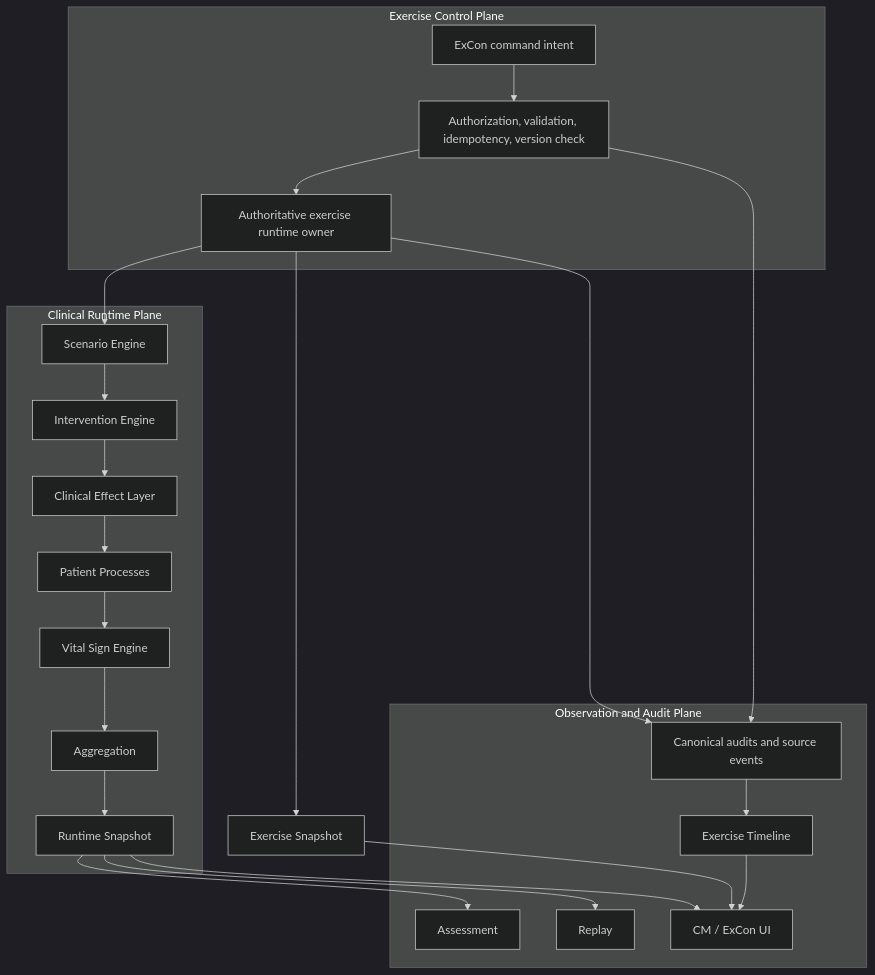
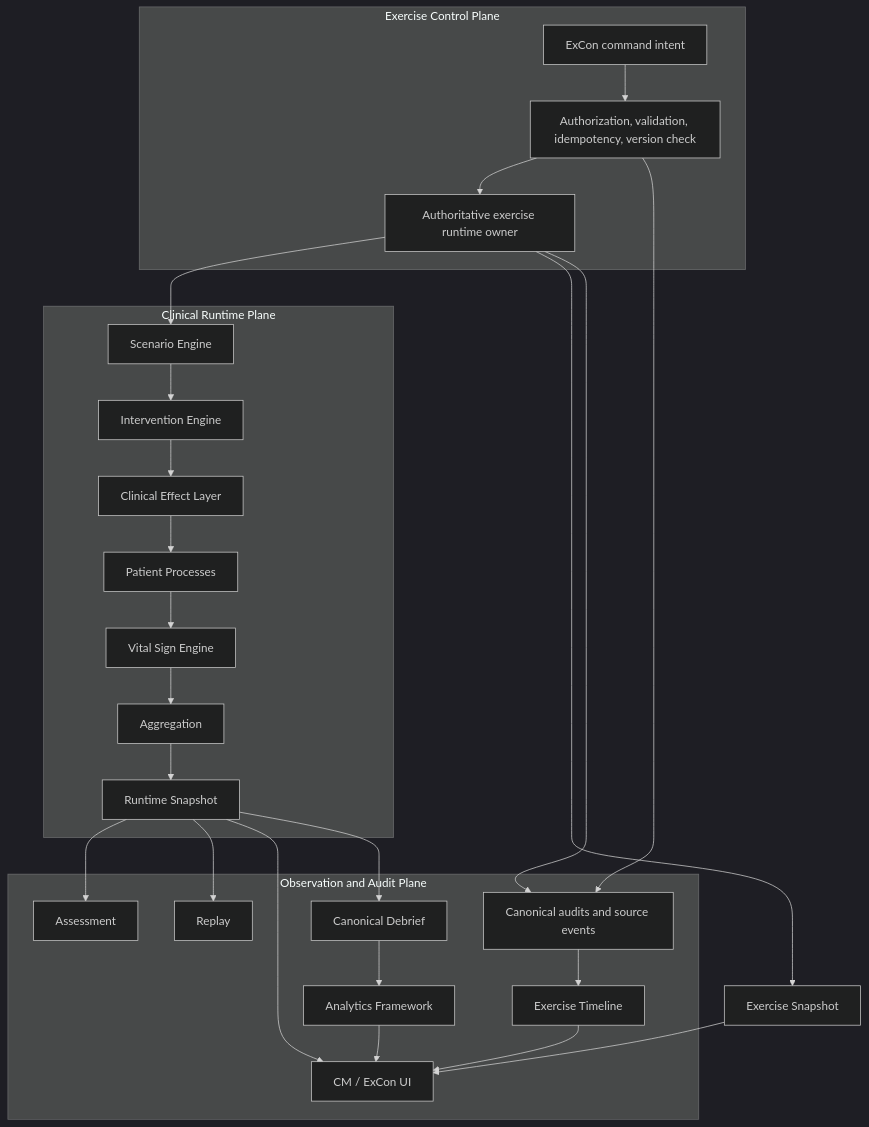
The first of 2 diagrams in docs/ARCHITECTURE_FREEZE_v0.7.0.md (jaaklind-dev/RussiCaptor), drawn with Mermaid (dark theme) before and after one commit. The commit also changed other lines of this file and 16 other files, not shown here.

First line of the commit message:
feat(analytics): implement WP-25 analytics framework

````diff
--- a/docs/ARCHITECTURE_FREEZE_v0.7.0.md
+++ b/docs/ARCHITECTURE_FREEZE_v0.7.0.md
@@ -112,30 +112,33 @@
 ```mermaid
 flowchart TB
     subgraph CP["Exercise Control Plane"]
         Intent["ExCon command intent"] --> Gate["Authorization, validation, idempotency, version check"]
         Gate --> Owner["Authoritative exercise runtime owner"]
     end
 
     subgraph RP["Clinical Runtime Plane"]
         Scenario["Scenario Engine"] --> Intervention["Intervention Engine"]
         Intervention --> Effects["Clinical Effect Layer"]
         Effects --> Processes["Patient Processes"]
         Processes --> Vitals["Vital Sign Engine"]
         Vitals --> Aggregation["Aggregation"]
         Aggregation --> Snapshot["Runtime Snapshot"]
     end
 
     subgraph OP["Observation and Audit Plane"]
         Snapshot --> Assessment["Assessment"]
         Snapshot --> Replay["Replay"]
         Snapshot --> UI["CM / ExCon UI"]
         Audit["Canonical audits and source events"] --> Timeline["Exercise Timeline"]
         Timeline --> UI
+        Snapshot --> Debrief["Canonical Debrief"]
+        Debrief --> Analytics["Analytics Framework"]
+        Analytics --> UI
     end
 
     Owner --> Scenario
     Owner --> ExerciseSnapshot["Exercise Snapshot"]
     ExerciseSnapshot --> UI
     Gate --> Audit
     Owner --> Audit
 ```
````
